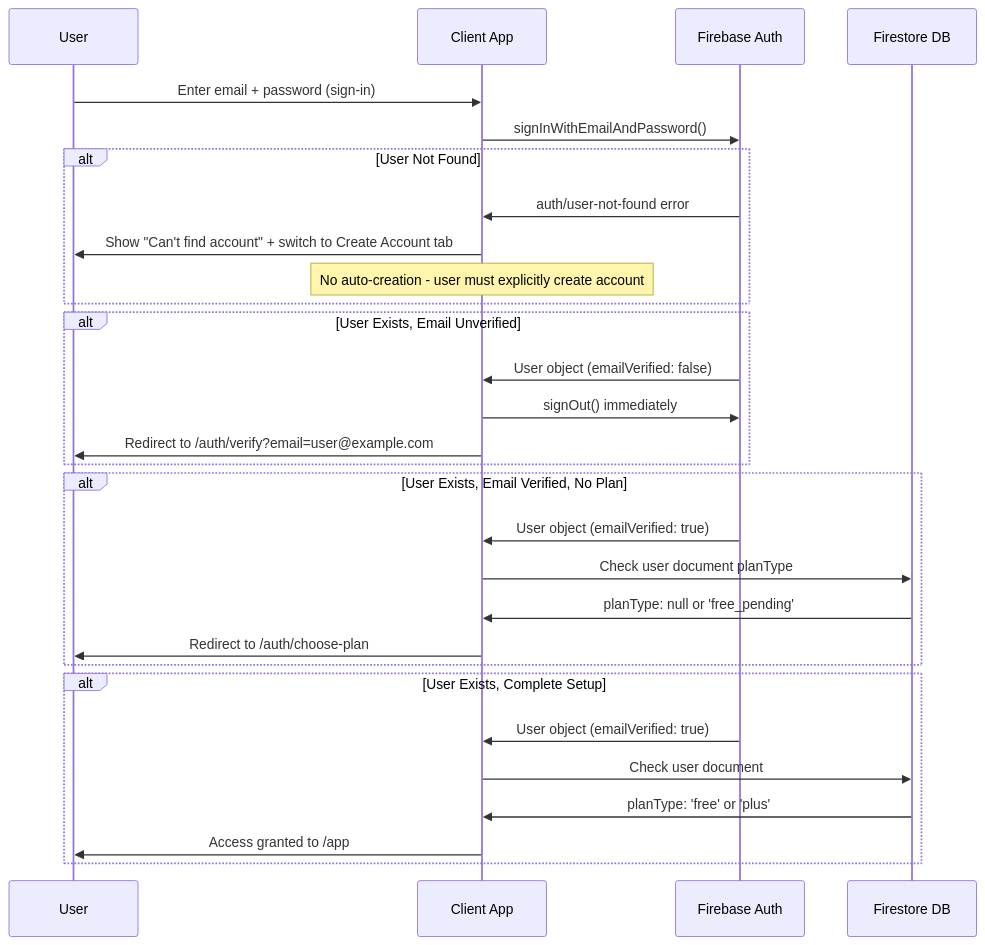
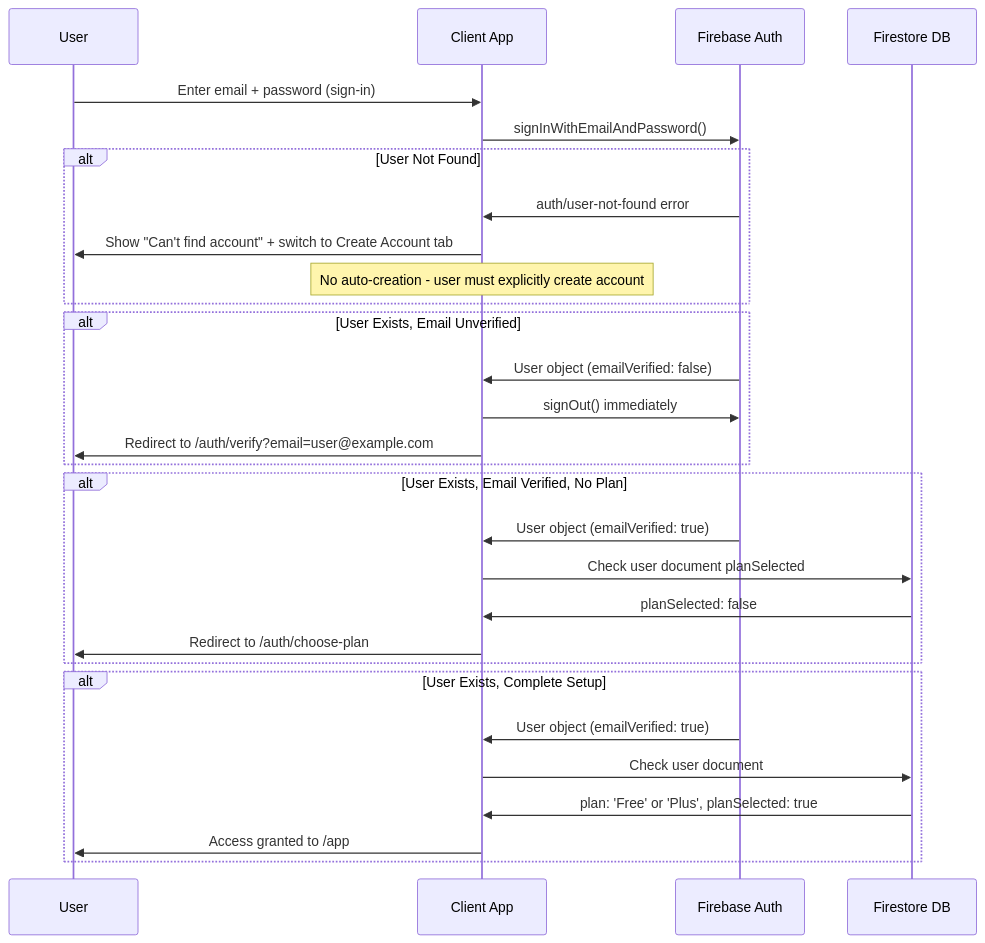
Before and after one commit to Deedubsy/BudgetBuckets: the fourth of 9 diagrams in docs/auth-and-billing-flows.md, drawn with Mermaid. The commit also changed other lines of this file and 12 other files, not shown here.

````diff
--- a/docs/auth-and-billing-flows.md
+++ b/docs/auth-and-billing-flows.md
@@ -145,36 +145,36 @@
 ```mermaid
 sequenceDiagram
     participant U as User
     participant App as Client App
     participant Firebase as Firebase Auth
     participant Firestore as Firestore DB
 
     U->>App: Enter email + password (sign-in)
     App->>Firebase: signInWithEmailAndPassword()
     
     alt User Not Found
         Firebase->>App: auth/user-not-found error
         App->>U: Show "Can't find account" + switch to Create Account tab
         Note over App: No auto-creation - user must explicitly create account
     end
     
     alt User Exists, Email Unverified
         Firebase->>App: User object (emailVerified: false)
         App->>Firebase: signOut() immediately
         App->>U: Redirect to /auth/verify?email=user@example.com
     end
     
     alt User Exists, Email Verified, No Plan
         Firebase->>App: User object (emailVerified: true)
-        App->>Firestore: Check user document planType
-        Firestore->>App: planType: null or 'free_pending'
+        App->>Firestore: Check user document planSelected
+        Firestore->>App: planSelected: false
         App->>U: Redirect to /auth/choose-plan
     end
     
     alt User Exists, Complete Setup
         Firebase->>App: User object (emailVerified: true)
         App->>Firestore: Check user document
-        Firestore->>App: planType: 'free' or 'plus'
+        Firestore->>App: plan: 'Free' or 'Plus', planSelected: true
         App->>U: Access granted to /app
     end
 ```
````
